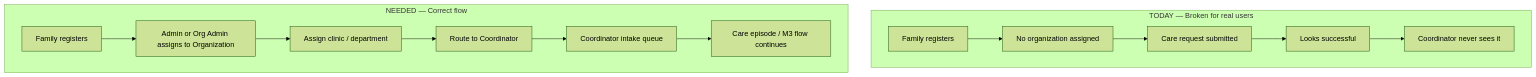
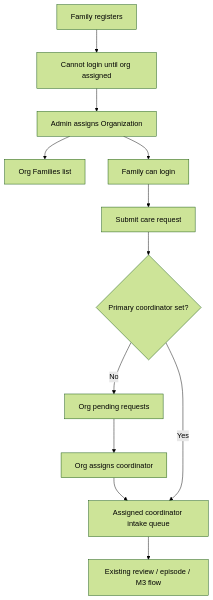
The diagram in docx/ORG_FLOW_GAPS.md (talhashafiqch008/riayah_plus), drawn with Mermaid (forest theme) before and after one commit. The commit also changed other lines of this file and 80 other files, not shown here.

````diff
--- a/docx/ORG_FLOW_GAPS.md
+++ b/docx/ORG_FLOW_GAPS.md
@@ -29,17 +21,14 @@
 ```mermaid
-flowchart TB
-  subgraph TODAY["TODAY — Broken for real users"]
-    A1[Family registers] --> A2[No organization assigned]
-    A2 --> A3[Care request submitted]
-    A3 --> A4[Looks successful]
-    A4 --> A5[Coordinator never sees it]
-  end
-
-  subgraph NEEDED["NEEDED — Correct flow"]
-    B1[Family registers] --> B2[Admin or Org Admin assigns to Organization]
-    B2 --> B3[Assign clinic / department]
-    B3 --> B4[Route to Coordinator]
-    B4 --> B5[Coordinator intake queue]
-    B5 --> B6[Care episode / M3 flow continues]
-  end
+flowchart TD
+  Reg[Family registers] --> Blocked[Cannot login until org assigned]
+  Blocked --> Admin[Admin assigns Organization]
+  Admin --> OrgFamilies[Org Families list]
+  Admin --> CanLogin[Family can login]
+  CanLogin --> Submit[Submit care request]
+  Submit --> HasCoord{Primary coordinator set?}
+  HasCoord -->|No| OrgQueue[Org pending requests]
+  OrgQueue --> Assign[Org assigns coordinator]
+  Assign --> CoordQueue[Assigned coordinator intake queue]
+  HasCoord -->|Yes| CoordQueue
+  CoordQueue --> M3[Existing review / episode / M3 flow]
 ```
````
